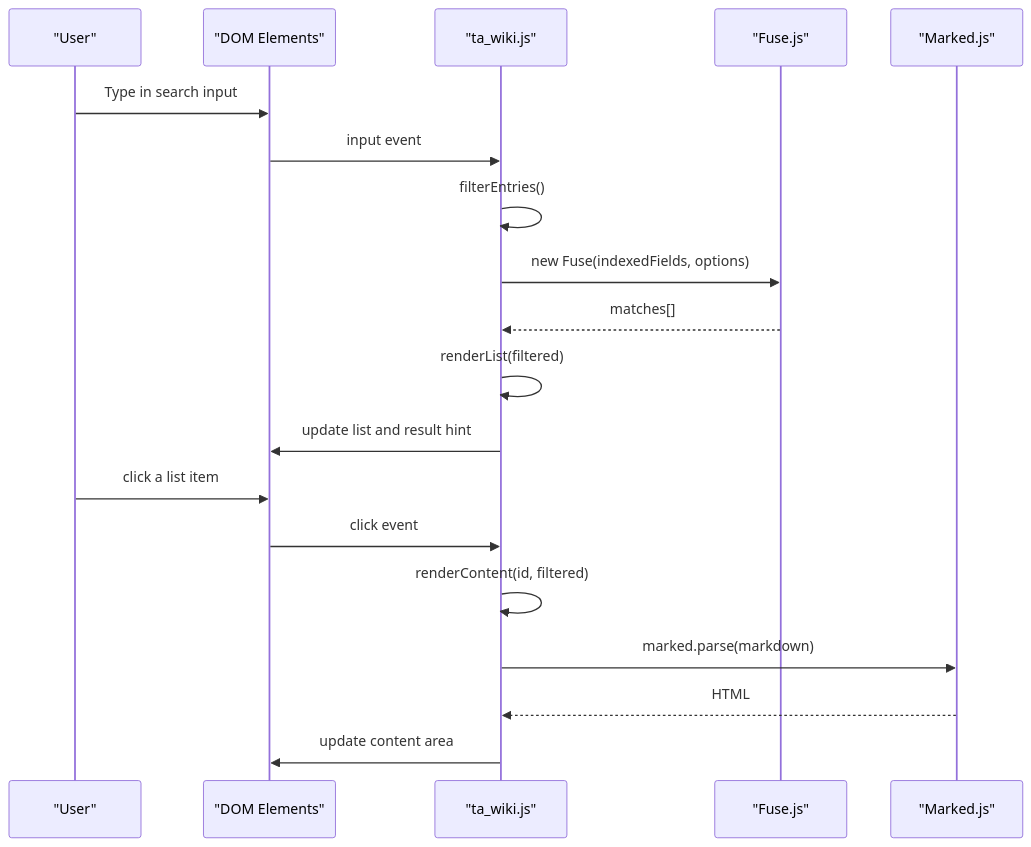
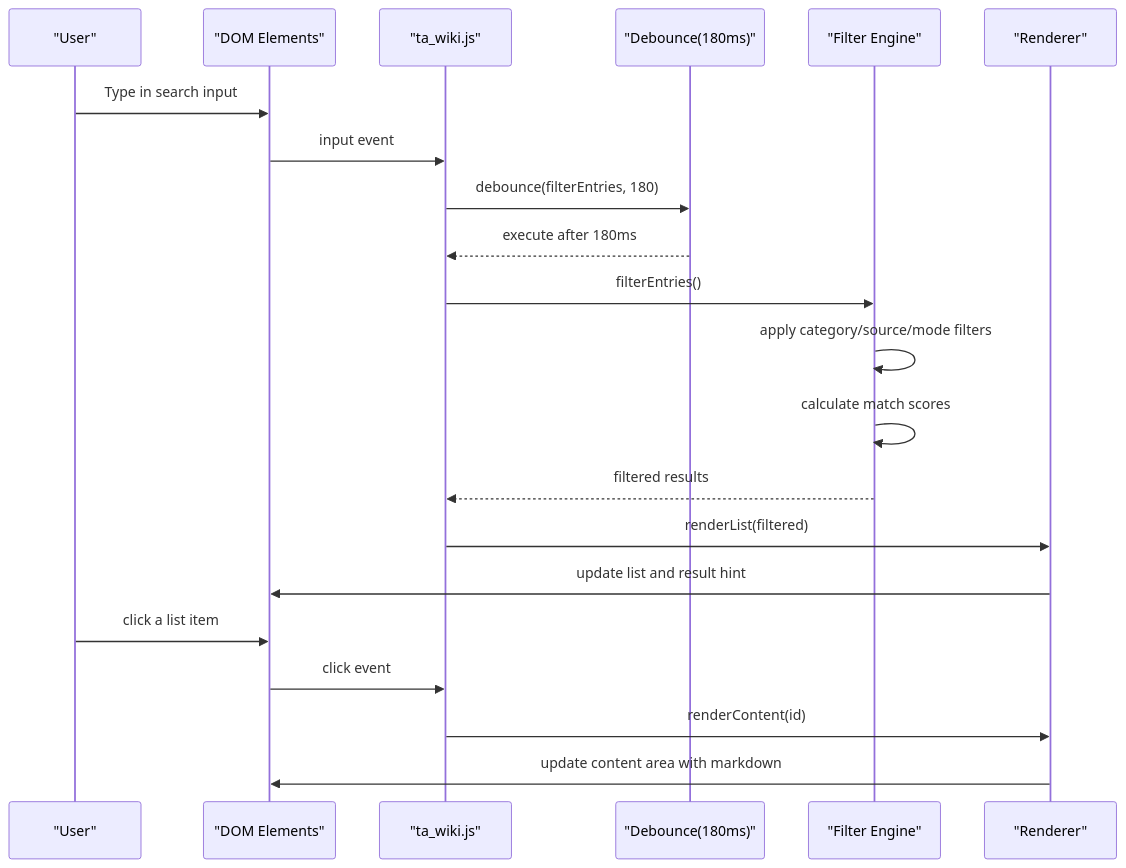
The second of 7 diagrams in .qoder/repowiki/en/content/Knowledge Base System/TA Wiki Frontend.md (treasureGrove/TAWEBTOOL), drawn with Mermaid before and after one commit. The commit also changed other lines of this file and 101 other files, not shown here.

````diff
--- a/.qoder/repowiki/en/content/Knowledge Base System/TA Wiki Frontend.md
+++ b/.qoder/repowiki/en/content/Knowledge Base System/TA Wiki Frontend.md
@@ -89,21 +79,23 @@
 ```mermaid
 sequenceDiagram
 participant U as "User"
 participant DOM as "DOM Elements"
 participant S as "ta_wiki.js"
-participant F as "Fuse.js"
-participant M as "Marked.js"
+participant D as "Debounce(180ms)"
+participant F as "Filter Engine"
+participant R as "Renderer"
 U->>DOM : Type in search input
 DOM->>S : input event
-S->>S : filterEntries()
-S->>F : new Fuse(indexedFields, options)
-F-->>S : matches[]
-S->>S : renderList(filtered)
-S->>DOM : update list and result hint
+S->>D : debounce(filterEntries, 180)
+D-->>S : execute after 180ms
+S->>F : filterEntries()
+F->>F : apply category/source/mode filters
+F->>F : calculate match scores
+F-->>S : filtered results
+S->>R : renderList(filtered)
+R->>DOM : update list and result hint
 U->>DOM : click a list item
 DOM->>S : click event
-S->>S : renderContent(id, filtered)
-S->>M : marked.parse(markdown)
-M-->>S : HTML
-S->>DOM : update content area
+S->>R : renderContent(id)
+R->>DOM : update content area with markdown
 ```
````
